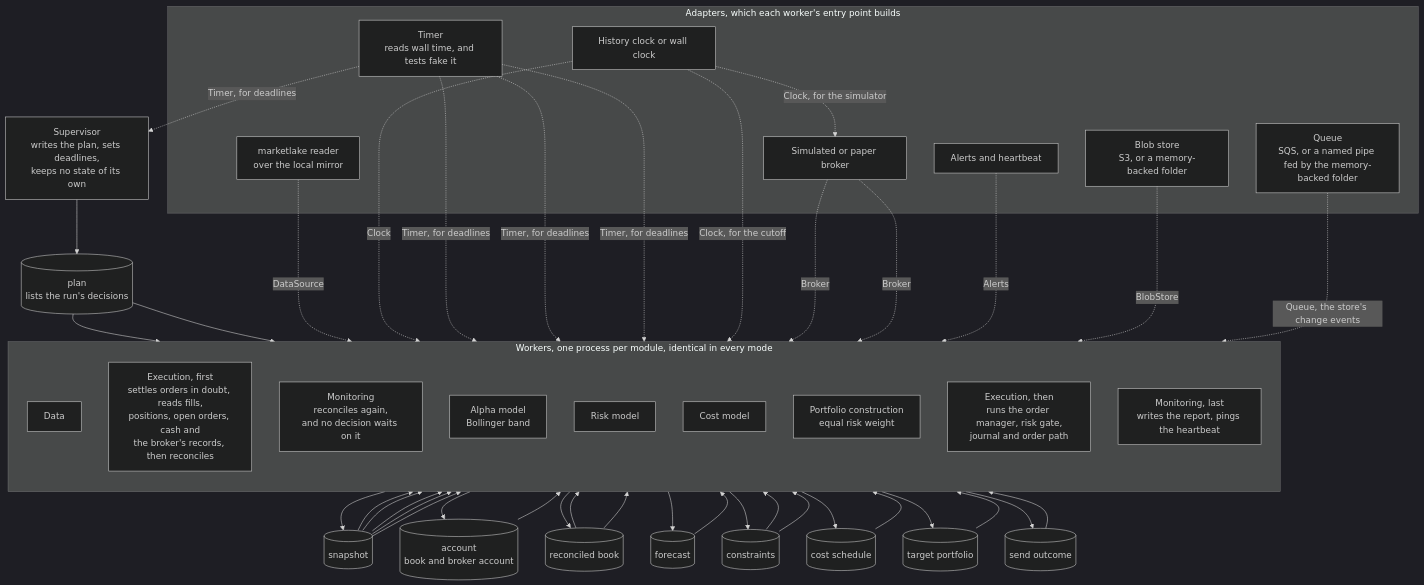
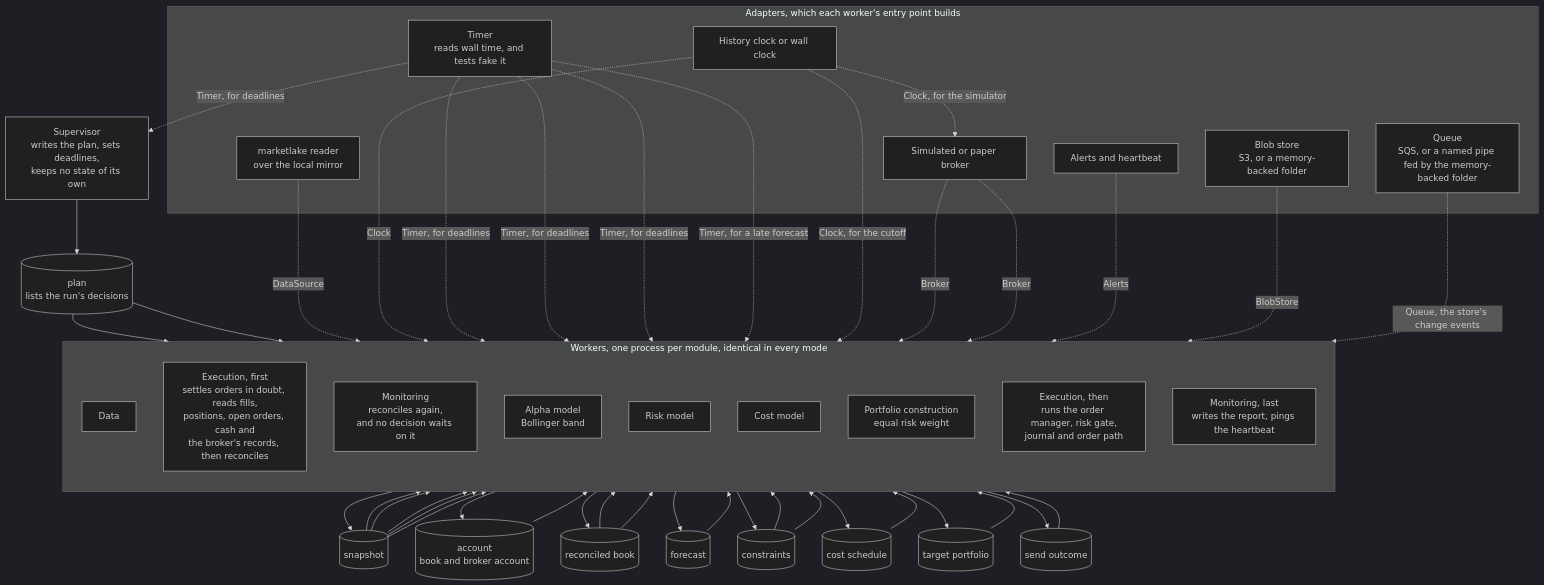
The first of 7 diagrams in docs/architecture/05-building-blocks.md (l3a0/ithildin-runtime), drawn with Mermaid (dark theme) before and after one commit. The commit also changed other lines of this file and 6 other files, not shown here.

````diff
--- a/docs/architecture/05-building-blocks.md
+++ b/docs/architecture/05-building-blocks.md
@@ -41,71 +41,72 @@
 ```mermaid
 flowchart TB
     sup["Supervisor<br/>writes the plan, sets deadlines,<br/>keeps no state of its own"]
     plan[("plan<br/>lists the run's decisions")]
     sup --> plan
 
     subgraph workers["Workers, one process per module, identical in every mode"]
         direction TB
         data["Data"]
         exec_recover["Execution, first<br/>settles orders in doubt, reads fills,<br/>positions, open orders, cash and<br/>the broker's records, then reconciles"]
         mon_recon["Monitoring<br/>reconciles again,<br/>and no decision waits on it"]
         alpha["Alpha model<br/>Bollinger band"]
         risk["Risk model"]
         cost["Cost model"]
         pc["Portfolio construction<br/>equal risk weight"]
         exec_send["Execution, then<br/>runs the order manager, risk gate,<br/>journal and order path"]
         mon_report["Monitoring, last<br/>writes the report, pings the heartbeat"]
     end
 
     snap[("snapshot")]
     acct[("account<br/>book and broker account")]
     book[("reconciled book")]
     fc[("forecast")]
     cons[("constraints")]
     sched[("cost schedule")]
     target[("target portfolio")]
     outcome[("send outcome")]
 
     plan --> data
     plan --> exec_recover
     snap --> exec_recover
     data --> snap
     exec_recover --> acct --> mon_recon
     exec_recover --> book
     snap --> alpha --> fc
     snap --> risk
     book --> risk --> cons
     snap --> cost --> sched
     fc --> pc
     cons --> pc
     sched --> pc
     book --> pc --> target
     target --> exec_send
     cons --> exec_send
     snap --> exec_send
     exec_send --> outcome --> mon_report
 
     subgraph adapters["Adapters, which each worker's entry point builds"]
         lakesrc["marketlake reader<br/>over the local mirror"]
         clock["History clock or wall clock"]
         timer["Timer<br/>reads wall time, and tests fake it"]
         broker["Simulated or paper broker"]
         store["Blob store<br/>S3, or a memory-backed folder"]
         alertsink["Alerts and heartbeat"]
         queue["Queue<br/>SQS, or a named pipe fed by the memory-backed folder"]
     end
 
     lakesrc -. "DataSource" .-> data
     clock -. "Clock" .-> data
     timer -. "Timer, for deadlines" .-> sup
     timer -. "Timer, for deadlines" .-> mon_report
     timer -. "Timer, for deadlines" .-> exec_recover
     timer -. "Timer, for deadlines" .-> exec_send
+    timer -. "Timer, for a late forecast" .-> pc
     clock -. "Clock, for the cutoff" .-> exec_send
     clock -. "Clock, for the simulator" .-> broker
     broker -. "Broker" .-> exec_recover
     broker -. "Broker" .-> exec_send
     store -. "BlobStore" .-> workers
     alertsink -. "Alerts" .-> mon_report
         queue -. "Queue, the store's change events" .-> workers
 ```
````
